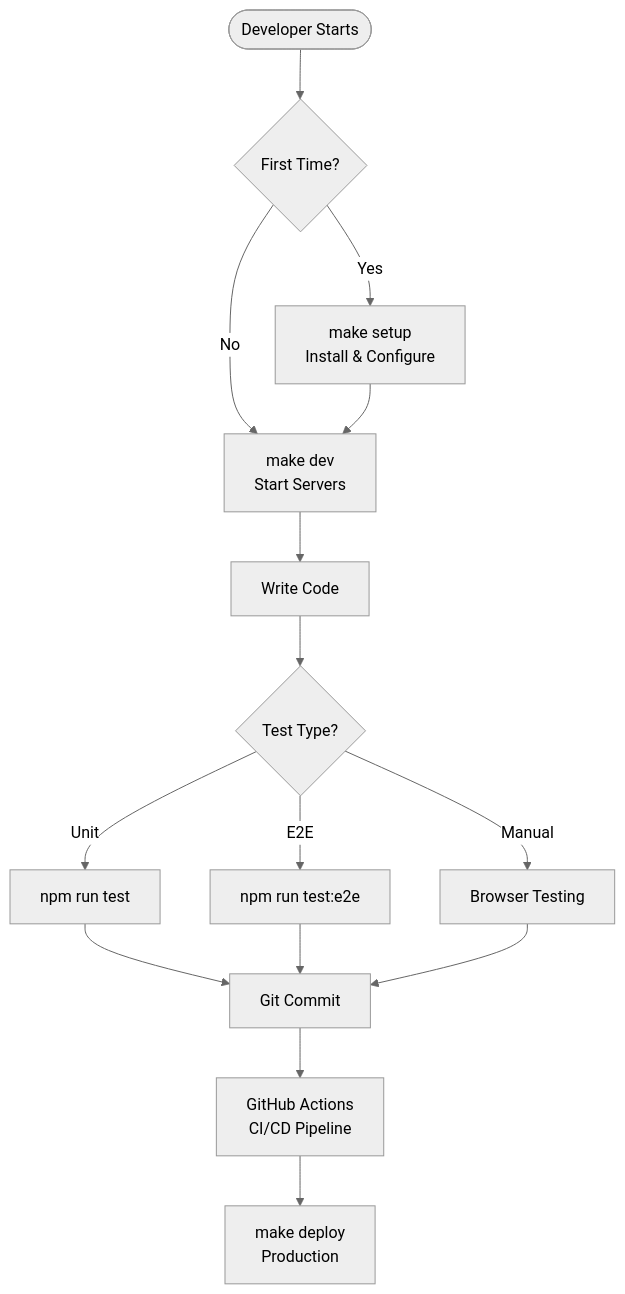
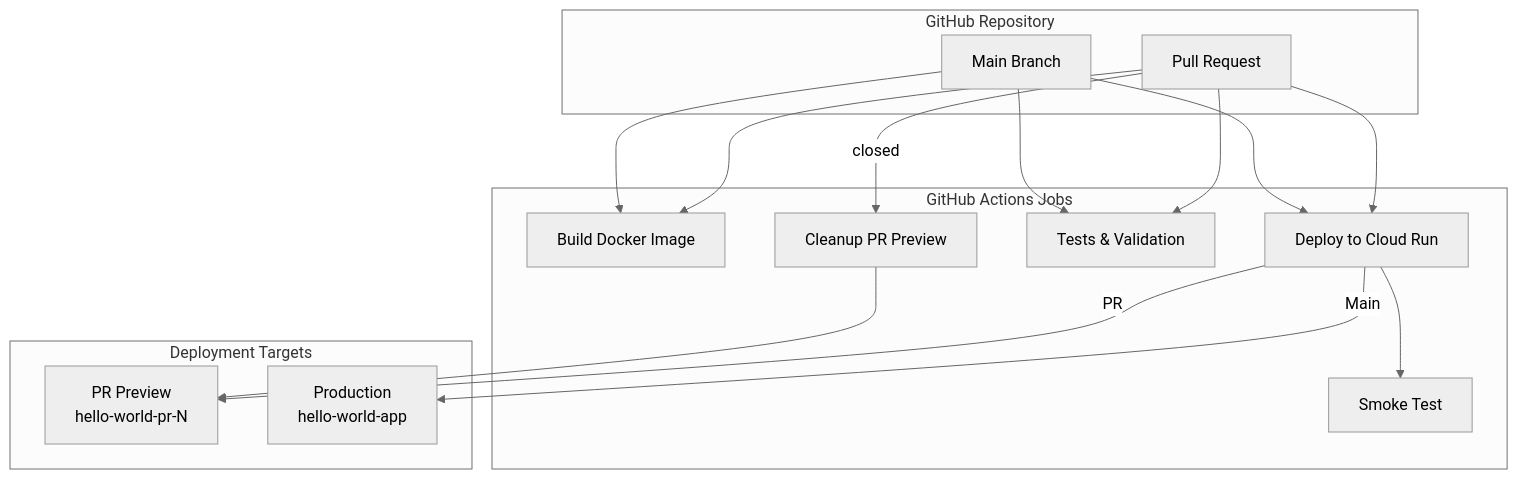
The fifth of 10 diagrams in .project/guidelines/core/architecture-diagrams.md (emily-flambe/web-app-starter-pack-gcp), drawn with Mermaid (neutral theme) before and after one commit. The commit also changed other lines of this file and 37 other files, not shown here.

First line of the commit message:
Add Google Cloud Run deployment with FastAPI + React starter (#5)

````diff
--- a/.project/guidelines/core/architecture-diagrams.md
+++ b/.project/guidelines/core/architecture-diagrams.md
@@ -139,24 +128,34 @@
 ```mermaid
-graph TD
-    Start([Developer Starts])
+graph TB
+    subgraph "GitHub Repository"
+        PR[Pull Request]
+        Main[Main Branch]
+    end
     
-    Start --> Setup{First Time?}
-    Setup -->|Yes| Install[make setup<br/>Install & Configure]
-    Setup -->|No| Dev[make dev<br/>Start Servers]
+    subgraph "GitHub Actions Jobs"
+        BuildJob[Build Docker Image]
+        DeployJob[Deploy to Cloud Run]
+        TestJob[Tests & Validation]
+        SmokeTest[Smoke Test]
+        Cleanup[Cleanup PR Preview]
+    end
     
-    Install --> Dev
-    Dev --> Code[Write Code]
+    subgraph "Deployment Targets"
+        Preview[PR Preview<br/>hello-world-pr-N]
+        Production[Production<br/>hello-world-app]
+    end
     
-    Code --> Test{Test Type?}
-    Test -->|Unit| Jest[npm run test]
-    Test -->|E2E| Play[npm run test:e2e]
-    Test -->|Manual| Browser[Browser Testing]
+    PR --> BuildJob
+    PR --> TestJob
+    PR --> DeployJob
+    DeployJob -->|PR| Preview
     
-    Jest --> Commit
-    Play --> Commit
-    Browser --> Commit
+    Main --> BuildJob
+    Main --> TestJob
+    Main --> DeployJob
+    DeployJob -->|Main| Production
     
-    Commit[Git Commit]
-    Commit --> CI[GitHub Actions<br/>CI/CD Pipeline]
-    CI --> Deploy[make deploy<br/>Production]
+    DeployJob --> SmokeTest
+    PR -->|closed| Cleanup
+    Cleanup --> Preview
 ```
````
